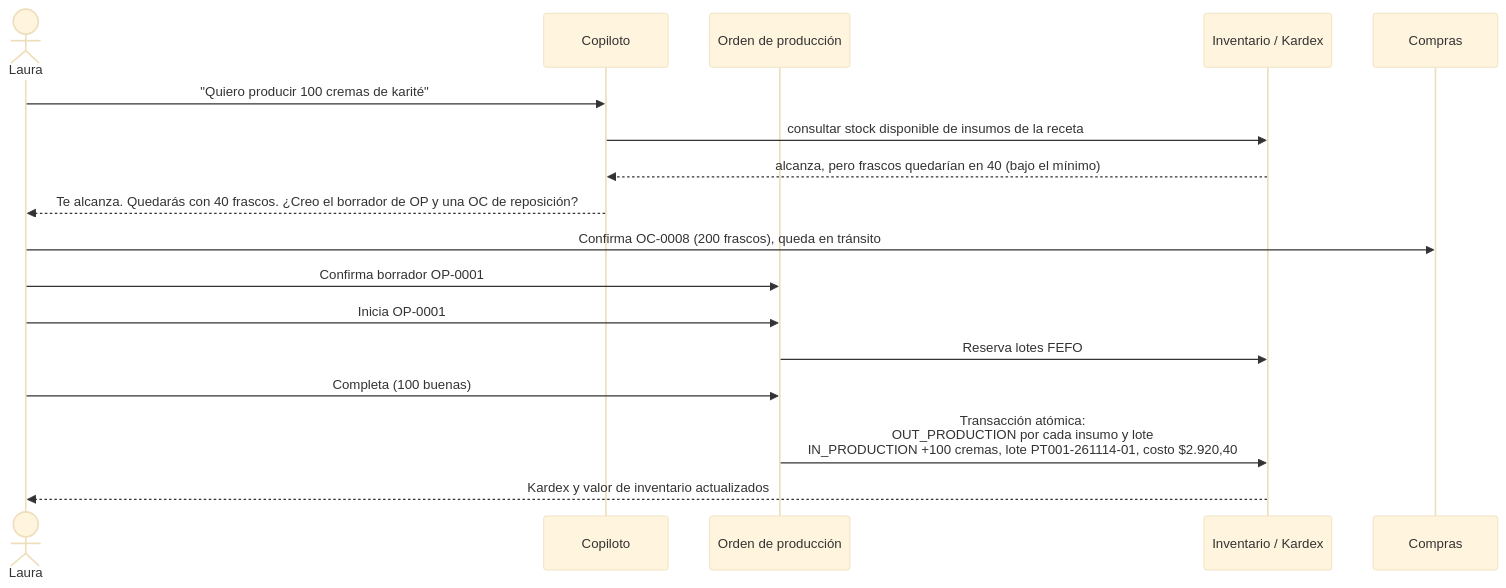
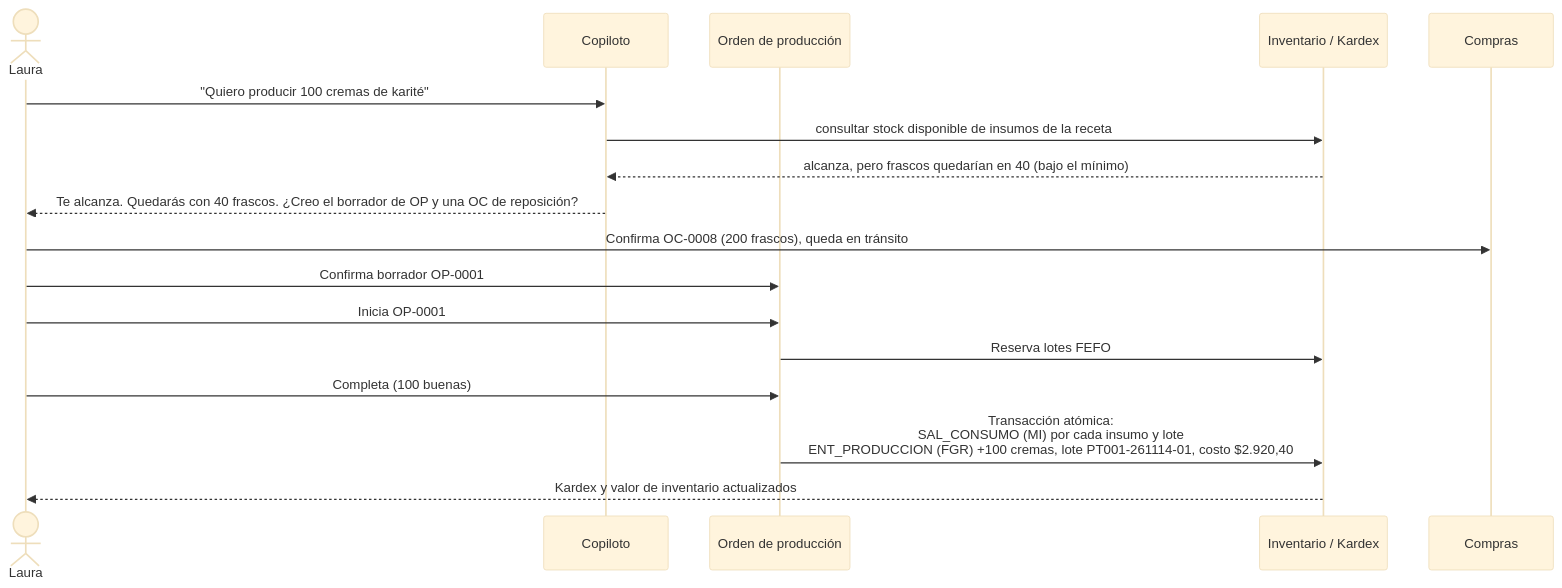
The fourth of 6 diagrams in README.md (juligomez-ai/Prueba-inventariof), drawn with Mermaid (base theme) before and after one commit. The commit also changed other lines of this file, not shown here.

````diff
--- a/README.md
+++ b/README.md
@@ -584,20 +605,20 @@
 ```mermaid
 sequenceDiagram
   actor L as Laura
   participant AI as Copiloto
   participant OP as Orden de producción
   participant INV as Inventario / Kardex
   participant OC as Compras
 
   L->>AI: "Quiero producir 100 cremas de karité"
   AI->>INV: consultar stock disponible de insumos de la receta
   INV-->>AI: alcanza, pero frascos quedarían en 40 (bajo el mínimo)
   AI-->>L: Te alcanza. Quedarás con 40 frascos. ¿Creo el borrador de OP y una OC de reposición?
   L->>OC: Confirma OC-0008 (200 frascos), queda en tránsito
   L->>OP: Confirma borrador OP-0001
   L->>OP: Inicia OP-0001
   OP->>INV: Reserva lotes FEFO
   L->>OP: Completa (100 buenas)
-  OP->>INV: Transacción atómica:<br/>OUT_PRODUCTION por cada insumo y lote<br/>IN_PRODUCTION +100 cremas, lote PT001-261114-01, costo $2.920,40
+  OP->>INV: Transacción atómica:<br/>SAL_CONSUMO (MI) por cada insumo y lote<br/>ENT_PRODUCCION (FGR) +100 cremas, lote PT001-261114-01, costo $2.920,40
   INV-->>L: Kardex y valor de inventario actualizados
 ```
````
